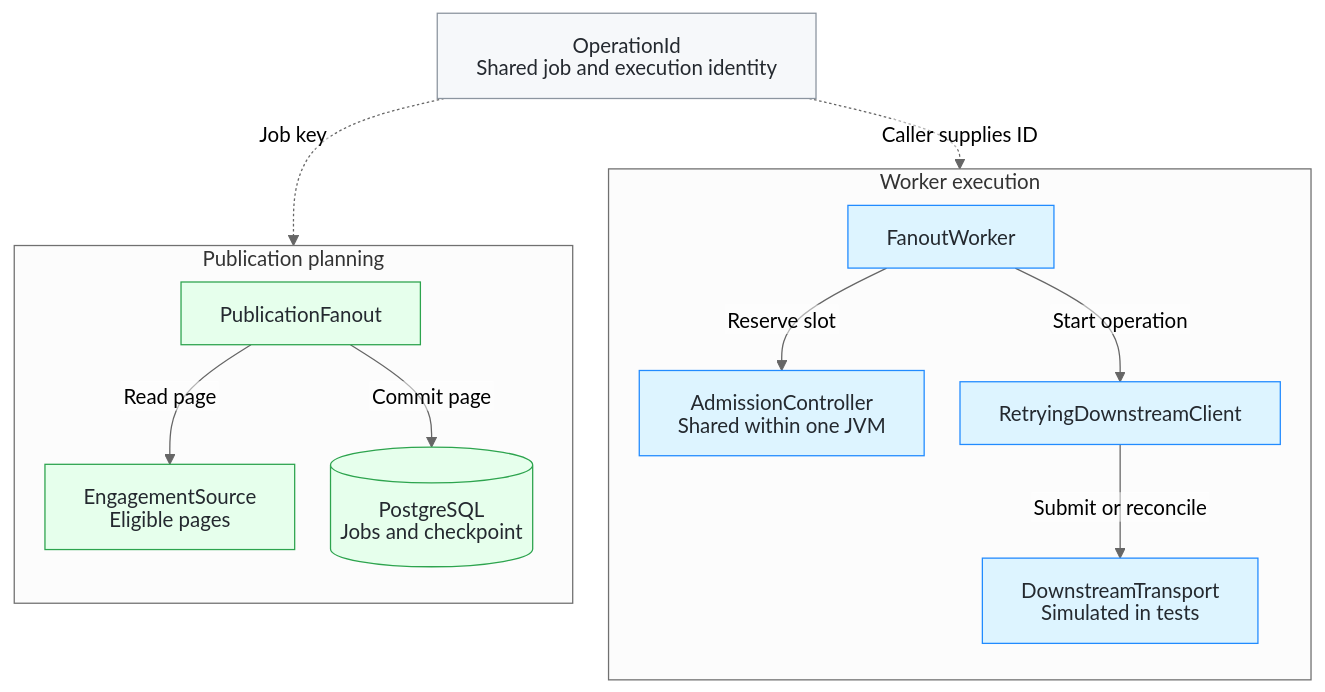
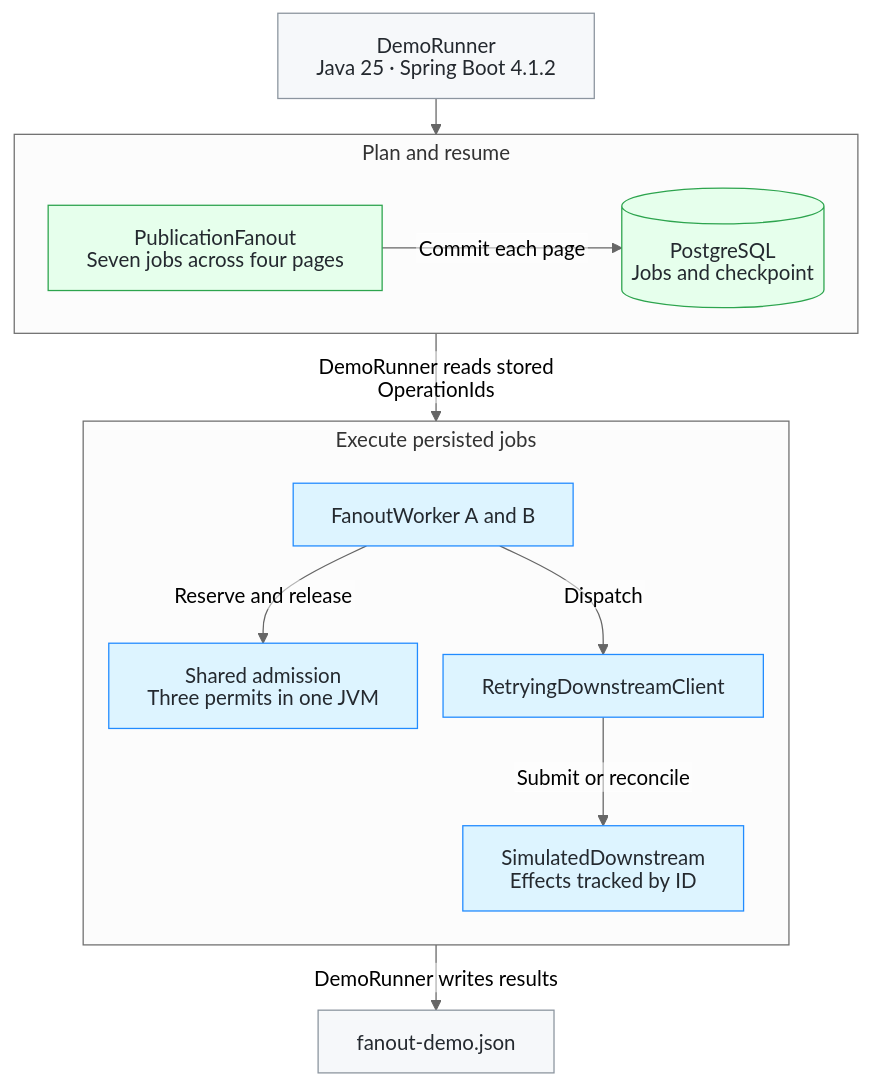
One commit to luisfm44/caseware-template-fanout-worker changed the first of 2 diagrams in docs/worker-architecture.md. Above: the diagram before and after it, drawn with Mermaid. The commit also changed other lines of this file and 8 other files, not shown here.

Commit message:
docs: publish the developer guide and update architecture (#14)

````diff
--- a/docs/worker-architecture.md
+++ b/docs/worker-architecture.md
@@ -5,46 +5,49 @@
 ```mermaid
 ---
 config:
   theme: neutral
   htmlLabels: false
   flowchart:
-    rankSpacing: 32
-    nodeSpacing: 28
-    wrappingWidth: 240
+    rankSpacing: 28
+    nodeSpacing: 20
+    wrappingWidth: 220
+    subGraphTitleMargin:
+      top: 4
+      bottom: 18
 ---
 flowchart TB
-    accTitle: Caseware worker architecture
-    accDescr: Publication planning records operation IDs and checkpoints in PostgreSQL. Separately, a caller supplies an operation ID to a worker that acquires a permit and submits or reconciles that operation through the downstream transport.
+    accTitle: Java worker demo
+    accDescr: Spring Boot launches DemoRunner. PublicationFanout commits jobs and a checkpoint in PostgreSQL. DemoRunner reads the stored IDs and supplies them to two workers with three shared permits. The retry client submits or reconciles each ID through a simulator. DemoRunner writes the final report.
 
-    KEY["OperationId<br/>Shared job and execution identity"]
+    RUNNER["DemoRunner<br/>Java 25 · Spring Boot 4.1.2"]
+    REPORT["fanout-demo.json"]
 
-    subgraph PLAN["Publication planning"]
-        direction TB
-        PLANNER["PublicationFanout"]
-        SOURCE["EngagementSource<br/>Eligible pages"]
+    subgraph PLAN["Plan and resume"]
+        direction LR
+        PLANNER["PublicationFanout<br/>Seven jobs across four pages"]
         DB[("PostgreSQL<br/>Jobs and checkpoint")]
-        PLANNER -->|"Read page"| SOURCE
-        PLANNER -->|"Commit page"| DB
+        PLANNER -->|"Commit each page"| DB
     end
 
-    subgraph EXEC["Worker execution"]
+    subgraph EXEC["Execute persisted jobs"]
         direction TB
-        WORKER["FanoutWorker"]
-        ADMISSION["AdmissionController<br/>Shared within one JVM"]
-        RETRY["RetryingDownstreamClient"]
-        TRANSPORT["DownstreamTransport<br/>Simulated in tests"]
-        WORKER -->|"Reserve slot"| ADMISSION
-        WORKER -->|"Start operation"| RETRY
-        RETRY -->|"Submit or reconcile"| TRANSPORT
+        WORKERS["FanoutWorker A and B"]
+        ADMIT["Shared admission<br/>Three permits in one JVM"]
+        CLIENT["RetryingDownstreamClient"]
+        TRANSPORT["SimulatedDownstream<br/>Effects tracked by ID"]
+        WORKERS -->|"Reserve and release"| ADMIT
+        WORKERS -->|"Dispatch"| CLIENT
+        CLIENT -->|"Submit or reconcile"| TRANSPORT
     end
 
-    KEY -.->|"Job key"| PLAN
-    KEY -.->|"Caller supplies ID"| EXEC
+    RUNNER --> PLAN
+    PLAN -->|"DemoRunner reads stored OperationIds"| EXEC
+    EXEC -->|"DemoRunner writes results"| REPORT
 
-    classDef identity fill:#f6f8fa,stroke:#8c959f,color:#24292f
+    classDef app fill:#f6f8fa,stroke:#8c959f,color:#24292f
     classDef planning fill:#e6ffec,stroke:#2da44e,color:#24292f
     classDef execution fill:#ddf4ff,stroke:#218bff,color:#24292f
-    class KEY identity
-    class PLANNER,SOURCE,DB planning
-    class WORKER,ADMISSION,RETRY,TRANSPORT execution
+    class RUNNER,REPORT app
+    class PLANNER,DB planning
+    class WORKERS,ADMIT,CLIENT,TRANSPORT execution
 ```
````
